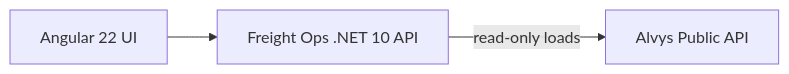
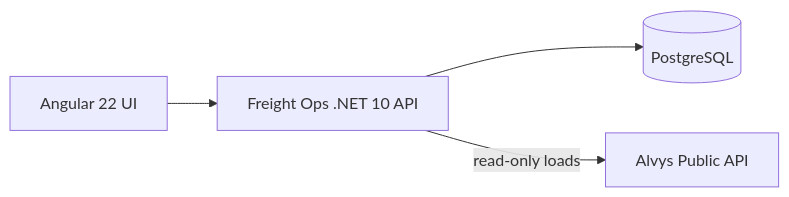
Before and after one commit to poker-kid-100717/freight-ops: the diagram in docs/architecture.md, drawn with Mermaid. The commit also changed other lines of this file and 64 other files, not shown here.

````diff
--- a/docs/architecture.md
+++ b/docs/architecture.md
@@ -3,5 +3,6 @@
 ```mermaid
 flowchart LR
   WEB[Angular 22 UI] --> API[Freight Ops .NET 10 API]
+  API --> DB[(PostgreSQL)]
   API -->|read-only loads| ALVYS[Alvys Public API]
 ```
````
